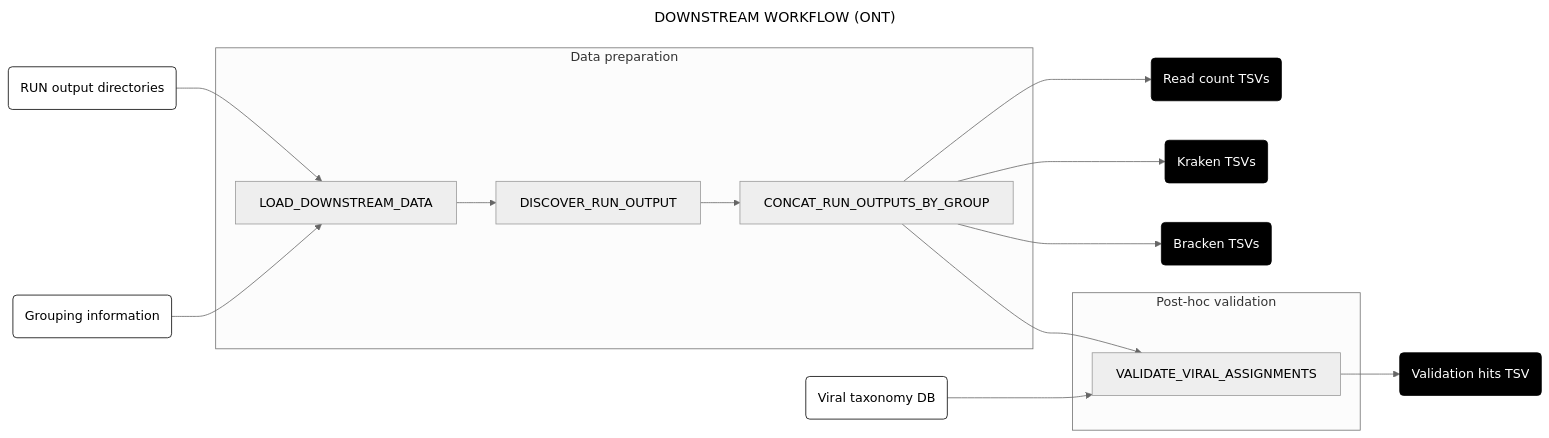
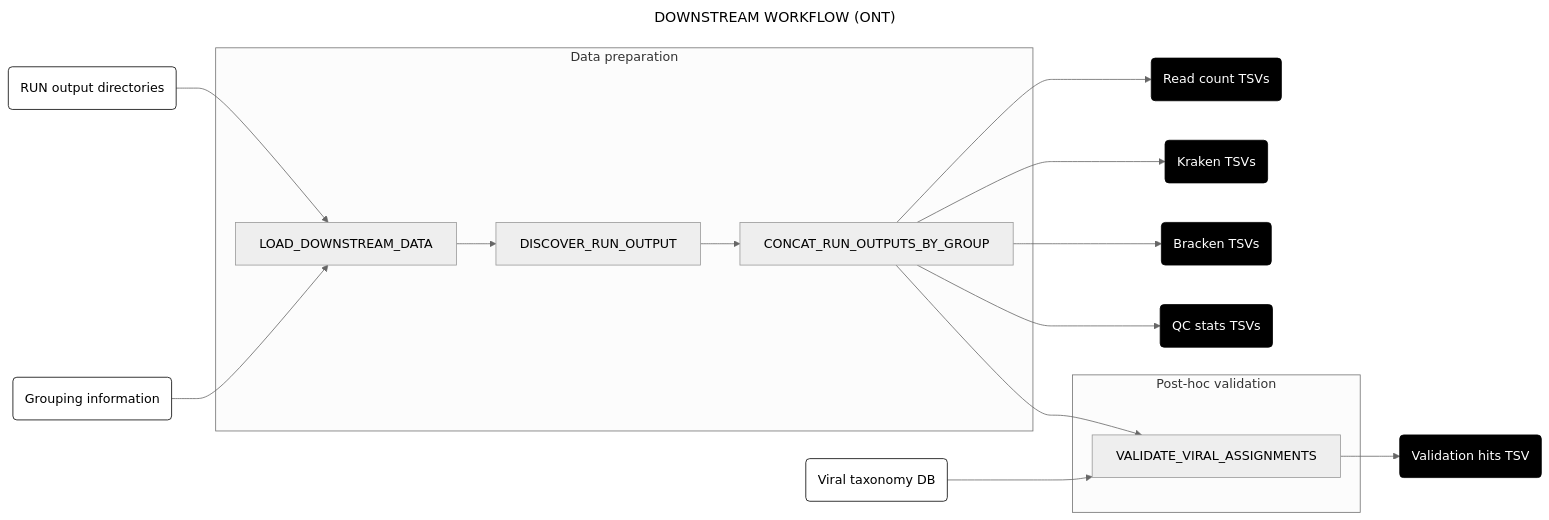
Before and after one commit to securebio/nao-mgs-workflow: the second of 10 diagrams in docs/downstream.md, drawn with Mermaid (neutral theme). The commit also changed other lines of this file and 50 other files, not shown here.

````diff
--- a/docs/downstream.md
+++ b/docs/downstream.md
@@ -65,32 +67,34 @@
 ```mermaid
 ---
 title: DOWNSTREAM WORKFLOW (ONT)
 config:
   layout: horizontal
 ---
 flowchart LR
 A(RUN output directories) & B(Grouping information) --> C[LOAD_DOWNSTREAM_DATA]
 C --> N[DISCOVER_RUN_OUTPUT]
 N --> O[CONCAT_RUN_OUTPUTS_BY_GROUP]
 O --> S(Read count TSVs)
 O --> KR(Kraken TSVs)
 O --> BR(Bracken TSVs)
+O --> QC(QC stats TSVs)
 O --> F[VALIDATE_VIRAL_ASSIGNMENTS]
 G(Viral taxonomy DB) --> F
 F --> H(Validation hits TSV)
 subgraph "Data preparation"
 C
 N
 O
 end
 subgraph "Post-hoc validation"
 F
 end
 style A fill:#fff,stroke:#000
 style B fill:#fff,stroke:#000
 style G fill:#fff,stroke:#000
 style H fill:#000,color:#fff,stroke:#000
 style S fill:#000,color:#fff,stroke:#000
 style KR fill:#000,color:#fff,stroke:#000
 style BR fill:#000,color:#fff,stroke:#000
+style QC fill:#000,color:#fff,stroke:#000
 ```
````
